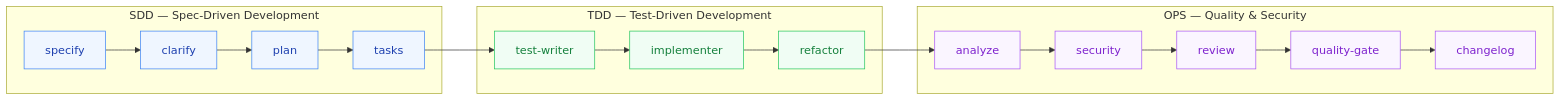
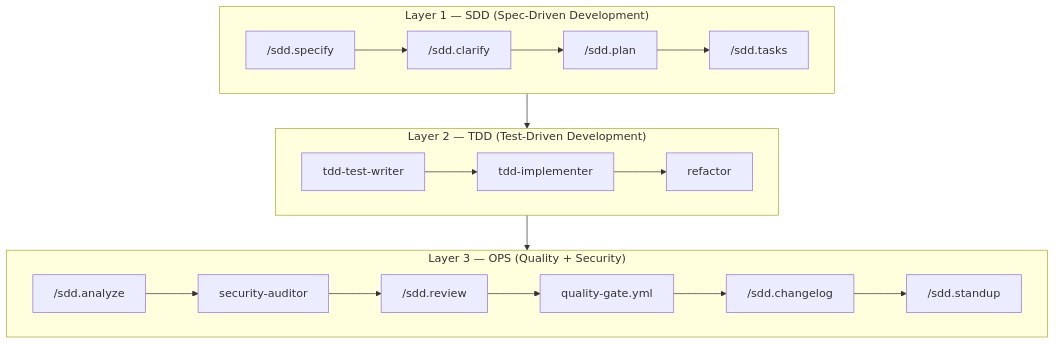
One commit to jonatascatarina/ai-first-pipeline changed the diagram in README.md. Above: the diagram before and after it, drawn with Mermaid. The commit also changed 1 other file, not shown here.

Commit message:
docs: restore original pipeline diagram

````diff
--- a/README.md
+++ b/README.md
@@ -122,25 +122,13 @@
 ```mermaid
-flowchart LR
-    classDef sdd fill:#EFF6FF,stroke:#3B82F6,color:#1E40AF,font-weight:500
-    classDef tdd fill:#F0FDF4,stroke:#22C55E,color:#15803D,font-weight:500
-    classDef ops fill:#FAF5FF,stroke:#A855F7,color:#7E22CE,font-weight:500
-
-    subgraph L1 ["SDD — Spec-Driven Development"]
-        A[specify] --> B[clarify] --> C[plan] --> D[tasks]
+flowchart TD
+    subgraph L1 ["Layer 1 — SDD  (Spec-Driven Development)"]
+        A["/sdd.specify"] --> B["/sdd.clarify"] --> C["/sdd.plan"] --> D["/sdd.tasks"]
     end
-
-    subgraph L2 ["TDD — Test-Driven Development"]
-        E[test-writer] --> F[implementer] --> G[refactor]
+    subgraph L2 ["Layer 2 — TDD  (Test-Driven Development)"]
+        E["tdd-test-writer"] --> F["tdd-implementer"] --> G["refactor"]
     end
-
-    subgraph L3 ["OPS — Quality & Security"]
-        H[analyze] --> I[security] --> J[review] --> K[quality-gate] --> L[changelog]
+    subgraph L3 ["Layer 3 — OPS  (Quality + Security)"]
+        H["/sdd.analyze"] --> I["security-auditor"] --> J["/sdd.review"] --> K["quality-gate.yml"] --> L["/sdd.changelog"] --> M["/sdd.standup"]
     end
-
-    D --> E
-    G --> H
-
-    class A,B,C,D sdd
-    class E,F,G tdd
-    class H,I,J,K,L ops
+    L1 --> L2 --> L3
 ```
````
